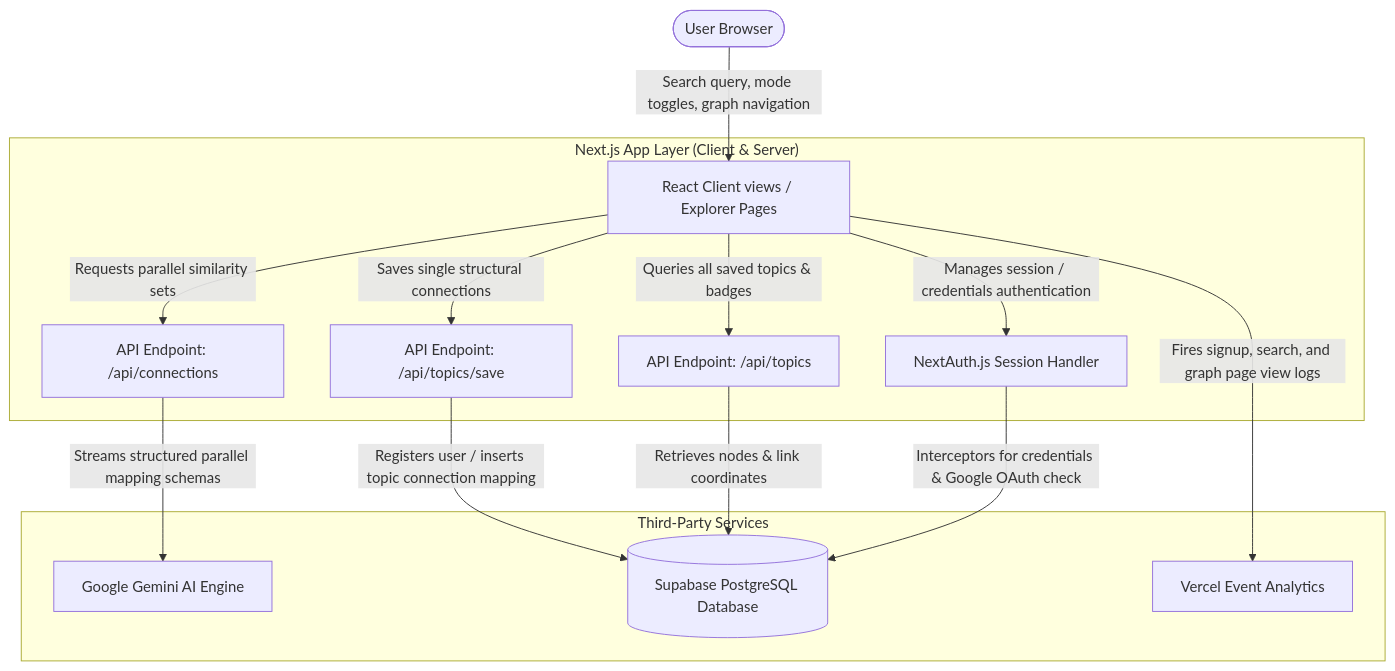
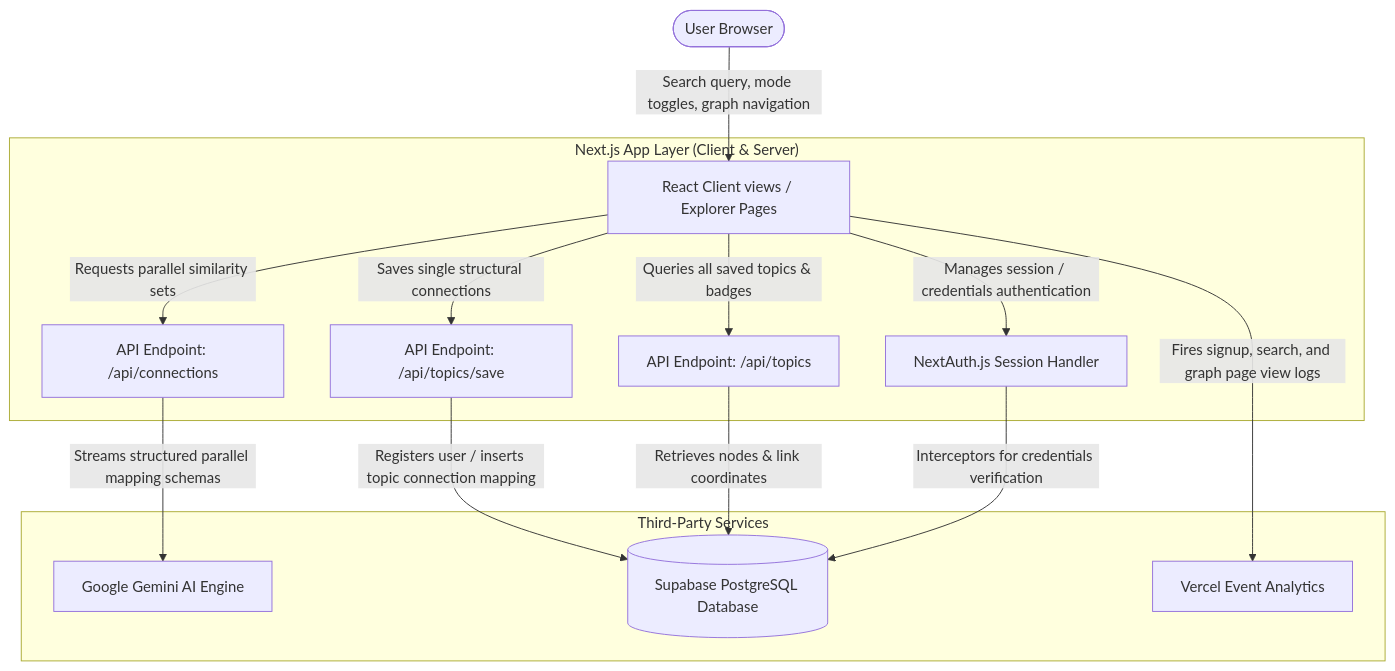
The diagram in README.md (Saatvik-G/Jack-Trades), drawn with Mermaid before and after one commit. The commit also changed other lines of this file and 4 other files, not shown here.

Commit message:
feat: remove Google OAuth authentication buttons and config, credentials sign-in only

````diff
--- a/README.md
+++ b/README.md
@@ -13,30 +13,30 @@
 ```mermaid
 graph TD
     User([User Browser])
     
     subgraph "Next.js App Layer (Client & Server)"
         UI[React Client views / Explorer Pages]
         NextAuth[NextAuth.js Session Handler]
         API_Conn[API Endpoint: /api/connections]
         API_Save[API Endpoint: /api/topics/save]
         API_Topics[API Endpoint: /api/topics]
     end
 
     subgraph "Third-Party Services"
         Gemini[Google Gemini AI Engine]
         Supabase[(Supabase PostgreSQL Database)]
         Vercel_Analytic[Vercel Event Analytics]
     end
 
     User -->|Search query, mode toggles, graph navigation| UI
     UI -->|Manages session / credentials authentication| NextAuth
     UI -->|Requests parallel similarity sets| API_Conn
     UI -->|Saves single structural connections| API_Save
     UI -->|Queries all saved topics & badges| API_Topics
     
     API_Conn -->|Streams structured parallel mapping schemas| Gemini
     API_Save -->|Registers user / inserts topic connection mapping| Supabase
     API_Topics -->|Retrieves nodes & link coordinates| Supabase
-    NextAuth -->|Interceptors for credentials & Google OAuth check| Supabase
+    NextAuth -->|Interceptors for credentials verification| Supabase
     UI -->|Fires signup, search, and graph page view logs| Vercel_Analytic
 ```
````
